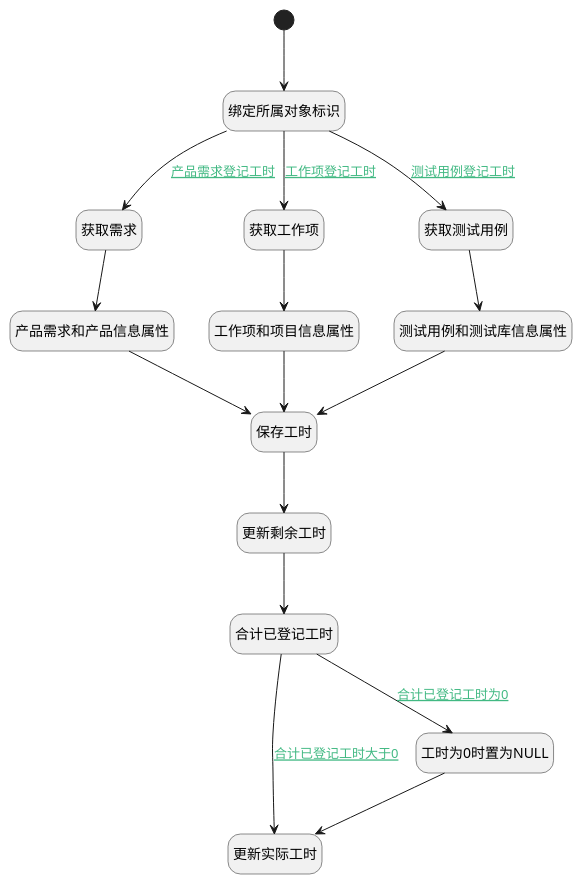
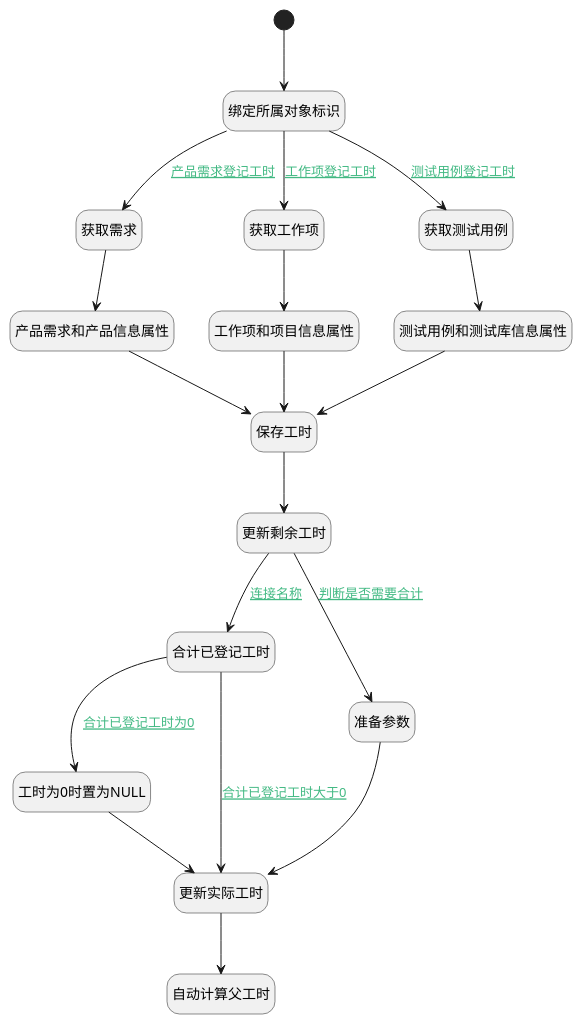
The diagram in doc/docsify/module/Base/workload/logic/save_workload.md (iBizLab/plm), drawn with PlantUML before and after one commit. The commit also changed other lines of this file and 901 other files, not shown here.

````diff
--- a/doc/docsify/module/Base/workload/logic/save_workload.md
+++ b/doc/docsify/module/Base/workload/logic/save_workload.md
@@ -7,44 +7,49 @@
 ```plantuml
 @startuml
 hide empty description
 <style>
 root {
   HyperlinkColor #42b983
 }
 </style>
 
 hide empty description
 state "开始" as Begin <<start>> [[$./save_workload#begin {"开始"}]]
 state "绑定所属对象标识" as PREPAREPARAM2  [[$./save_workload#prepareparam2 {"绑定所属对象标识"}]]
 state "获取需求" as DEACTION3  [[$./save_workload#deaction3 {"获取需求"}]]
 state "获取工作项" as DEACTION4  [[$./save_workload#deaction4 {"获取工作项"}]]
 state "获取测试用例" as DEACTION5  [[$./save_workload#deaction5 {"获取测试用例"}]]
 state "工作项和项目信息属性" as PREPAREPARAM3  [[$./save_workload#prepareparam3 {"工作项和项目信息属性"}]]
 state "产品需求和产品信息属性" as PREPAREPARAM4  [[$./save_workload#prepareparam4 {"产品需求和产品信息属性"}]]
 state "测试用例和测试库信息属性" as PREPAREPARAM5  [[$./save_workload#prepareparam5 {"测试用例和测试库信息属性"}]]
 state "保存工时" as DEACTION2  [[$./save_workload#deaction2 {"保存工时"}]]
 state "更新剩余工时" as DEACTION6  [[$./save_workload#deaction6 {"更新剩余工时"}]]
 state "合计已登记工时" as RAWSQLCALL1  [[$./save_workload#rawsqlcall1 {"合计已登记工时"}]]
+state "准备参数" as PREPAREPARAM7  [[$./save_workload#prepareparam7 {"准备参数"}]]
+state "工时为0时置为NULL" as PREPAREPARAM6  [[$./save_workload#prepareparam6 {"工时为0时置为NULL"}]]
 state "更新实际工时" as DEACTION7  [[$./save_workload#deaction7 {"更新实际工时"}]]
-state "工时为0时置为NULL" as PREPAREPARAM6  [[$./save_workload#prepareparam6 {"工时为0时置为NULL"}]]
+state "自动计算父工时" as DELOGIC1  [[$./save_workload#delogic1 {"自动计算父工时"}]]
 
 
 Begin --> PREPAREPARAM2
 PREPAREPARAM2 --> DEACTION3 : [[$./save_workload#prepareparam2-deaction3{产品需求登记工时} 产品需求登记工时]]
 DEACTION3 --> PREPAREPARAM4
 PREPAREPARAM4 --> DEACTION2
 DEACTION2 --> DEACTION6
-DEACTION6 --> RAWSQLCALL1
+DEACTION6 --> PREPAREPARAM7 : [[$./save_workload#deaction6-prepareparam7{判断是否需要合计} 判断是否需要合计]]
+PREPAREPARAM7 --> DEACTION7
+DEACTION7 --> DELOGIC1
+DEACTION6 --> RAWSQLCALL1 : [[$./save_workload#deaction6-rawsqlcall1{连接名称} 连接名称]]
 RAWSQLCALL1 --> DEACTION7 : [[$./save_workload#rawsqlcall1-deaction7{合计已登记工时大于0} 合计已登记工时大于0]]
 RAWSQLCALL1 --> PREPAREPARAM6 : [[$./save_workload#rawsqlcall1-prepareparam6{合计已登记工时为0} 合计已登记工时为0]]
 PREPAREPARAM6 --> DEACTION7
 PREPAREPARAM2 --> DEACTION4 : [[$./save_workload#prepareparam2-deaction4{工作项登记工时} 工作项登记工时]]
 DEACTION4 --> PREPAREPARAM3
 PREPAREPARAM3 --> DEACTION2
 PREPAREPARAM2 --> DEACTION5 : [[$./save_workload#prepareparam2-deaction5{测试用例登记工时} 测试用例登记工时]]
 DEACTION5 --> PREPAREPARAM5
 PREPAREPARAM5 --> DEACTION2
 
 
 @enduml
 ```
````
